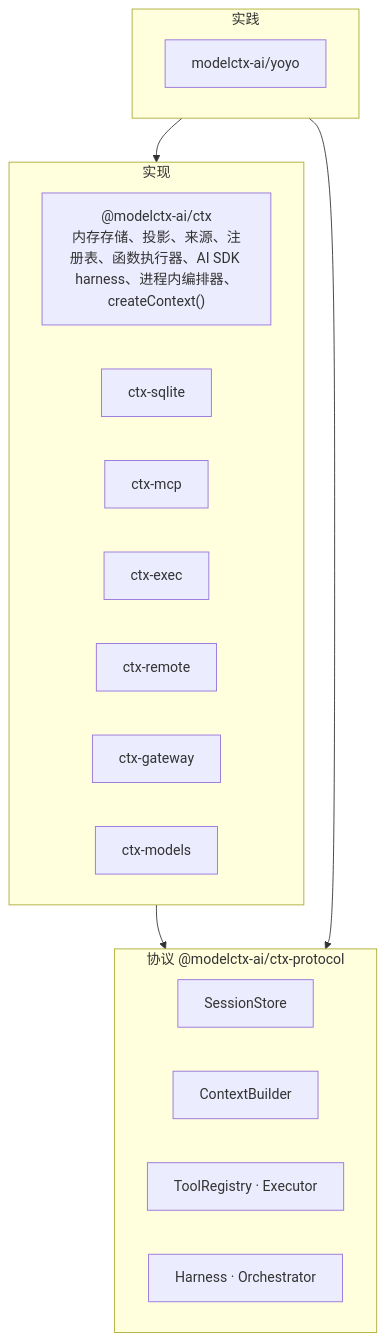
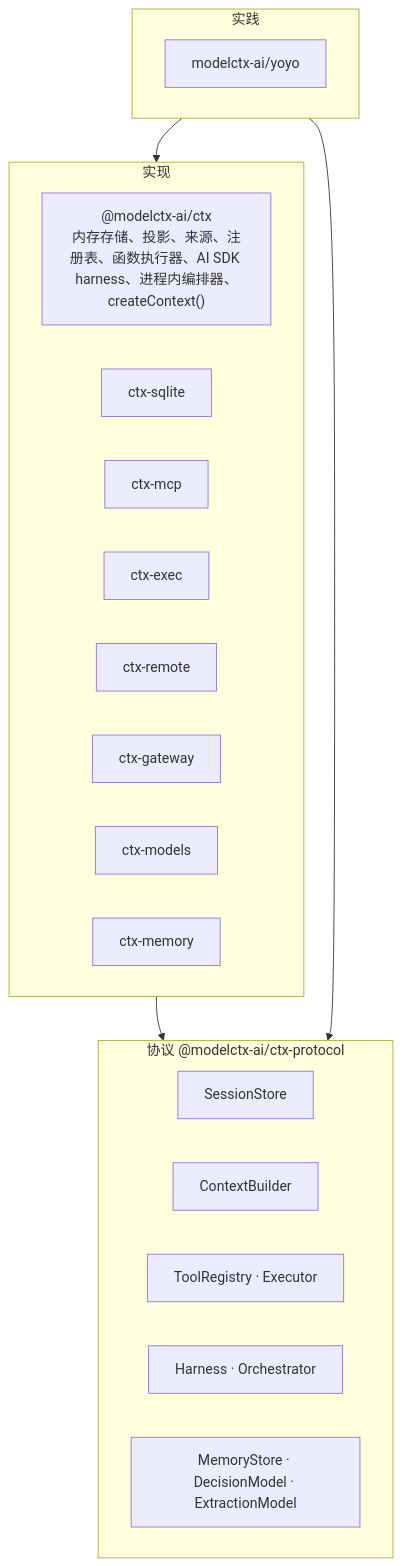
The first of 4 diagrams in docs/architecture.md (modelctx-ai/ctx), drawn with Mermaid before and after one commit. The commit also changed other lines of this file and 10 other files, not shown here.

````diff
--- a/docs/architecture.md
+++ b/docs/architecture.md
@@ -5,24 +5,26 @@
 ```mermaid
 flowchart TB
   subgraph protocol["协议  @modelctx-ai/ctx-protocol"]
     p1["SessionStore"]
     p2["ContextBuilder"]
     p3["ToolRegistry · Executor"]
     p4["Harness · Orchestrator"]
+    p5["MemoryStore · DecisionModel · ExtractionModel"]
   end
   subgraph impl["实现"]
     core["@modelctx-ai/ctx<br/>内存存储、投影、来源、注册表、函数执行器、AI SDK harness、进程内编排器、createContext()"]
     sqlite["ctx-sqlite"]
     mcp["ctx-mcp"]
     exec["ctx-exec"]
     remote["ctx-remote"]
     gateway["ctx-gateway"]
     models["ctx-models"]
+    memorypkg["ctx-memory"]
   end
   subgraph practice["实践"]
     yoyo["modelctx-ai/yoyo"]
   end
   impl --> protocol
   practice --> impl
   practice --> protocol
 ```
````
